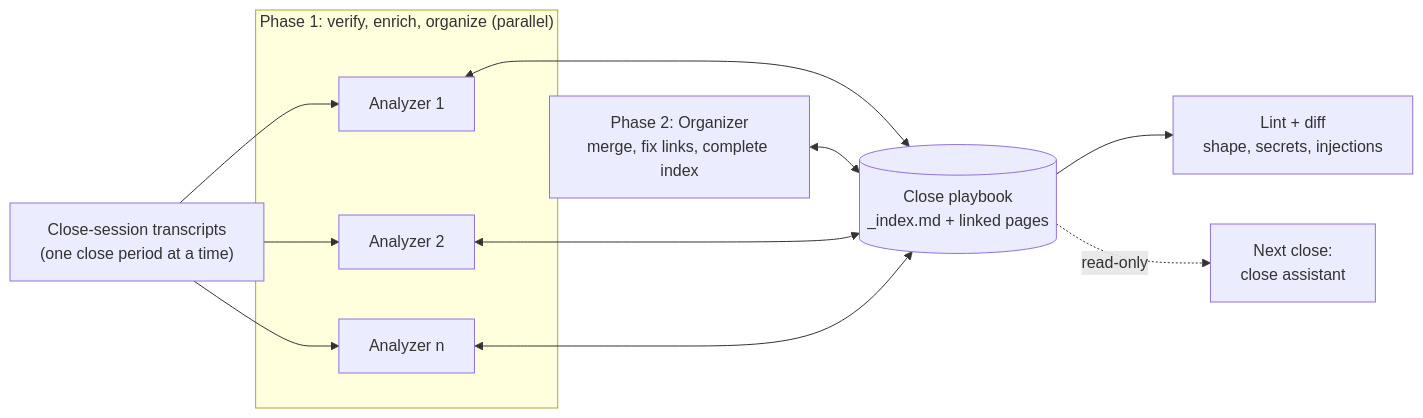
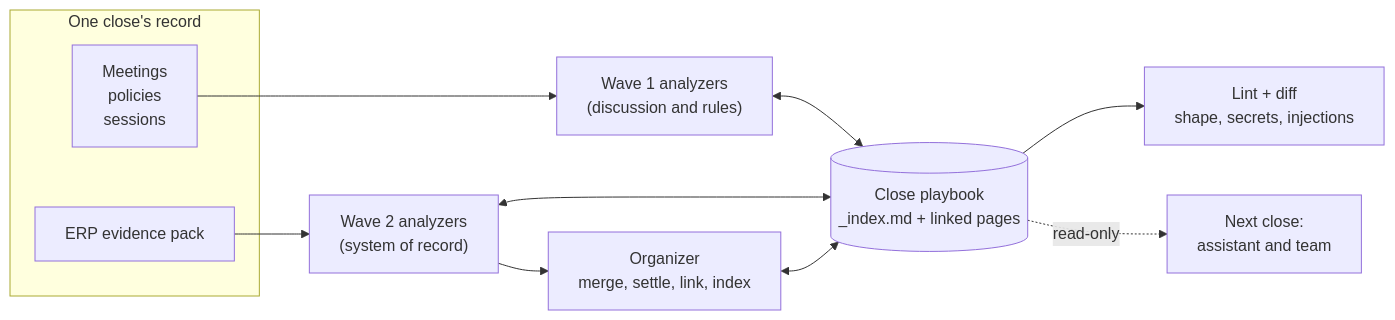
Before and after one commit to Lwhieldon/close-playbook-dreaming: the diagram in README.md, drawn with Mermaid. The commit also changed other lines of this file and 104 other files, not shown here.

First line of the commit message:
feat: v2 enterprise close record and harder evaluation

````diff
--- a/README.md
+++ b/README.md
@@ -40,16 +61,15 @@
 ```mermaid
 flowchart LR
-    T["Close-session transcripts<br/>(one close period at a time)"] --> A1["Analyzer 1"]
-    T --> A2["Analyzer 2"]
-    T --> An["Analyzer n"]
-    subgraph Phase1["Phase 1: verify, enrich, organize (parallel)"]
-        A1
-        A2
-        An
+    subgraph Close["One close's record"]
+        M["Meetings<br/>policies<br/>sessions"]
+        E["ERP evidence pack"]
     end
-    A1 & A2 & An <--> P[("Close playbook<br/>_index.md + linked pages")]
-    Phase1 --> O["Phase 2: Organizer<br/>merge, fix links, complete index"]
+    M --> A1["Wave 1 analyzers<br/>(discussion and rules)"]
+    E --> A2["Wave 2 analyzers<br/>(system of record)"]
+    A1 <--> P[("Close playbook<br/>_index.md + linked pages")]
+    A2 <--> P
+    A2 --> O["Organizer<br/>merge, settle, link, index"]
     O <--> P
     P --> L["Lint + diff<br/>shape, secrets, injections"]
-    P -. read-only .-> C["Next close:<br/>close assistant"]
+    P -. read-only .-> C["Next close:<br/>assistant and team"]
 ```
````
